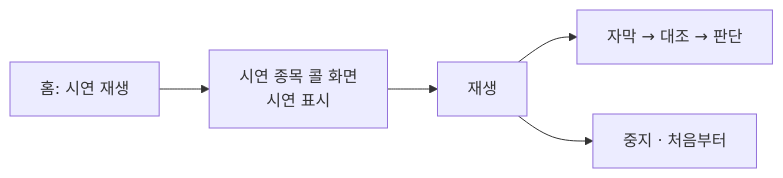
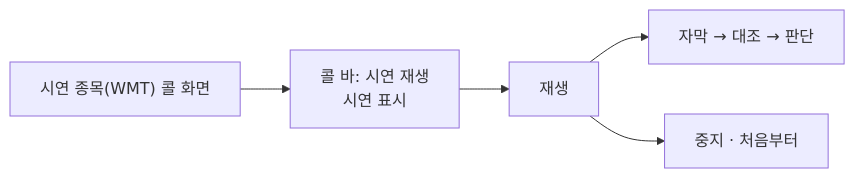
Before and after one commit to keonha123/Earning-Whisperer: the seventh of 7 diagrams in docs/design/ux.md, drawn with Mermaid. The commit also changed other lines of this file and 9 other files, not shown here.

````diff
--- a/docs/design/ux.md
+++ b/docs/design/ux.md
@@ -166,7 +166,7 @@
 ```mermaid
 flowchart LR
-  M["홈: 시연 재생"] --> T["시연 종목 콜 화면<br/>시연 표시"]
+  M["시연 종목(WMT) 콜 화면"] --> T["콜 바: 시연 재생<br/>시연 표시"]
   T --> P["재생"]
   P --> V["자막 → 대조 → 판단"]
   P --> S["중지 · 처음부터"]
 ```
````
